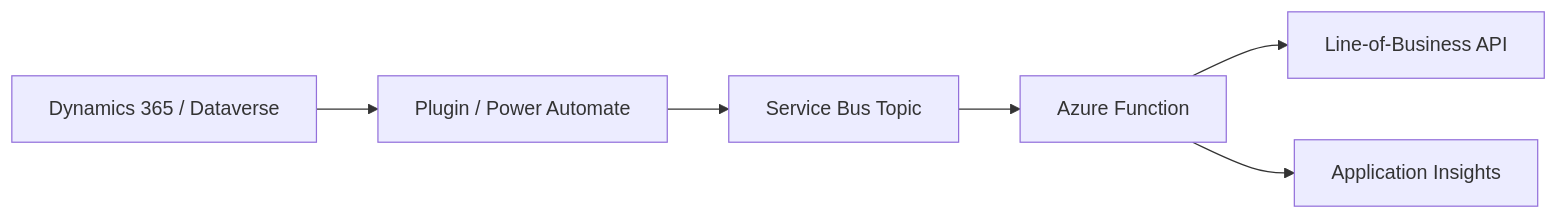
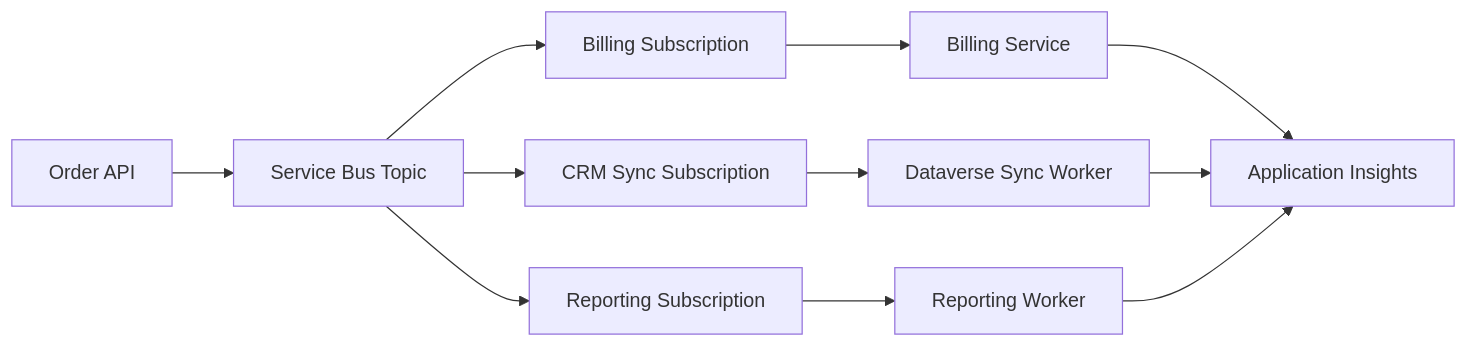
The sixth of 6 diagrams in diagrams/README.md (brunsdon/azure-services-cheat-sheet), drawn with Mermaid before and after one commit. The commit also changed other lines of this file and 17 other files, not shown here.

Commit message:
Polish Azure architecture field guide

````diff
--- a/diagrams/README.md
+++ b/diagrams/README.md
@@ -31,8 +79,13 @@
 ```mermaid
 flowchart LR
-    d365[Dynamics 365 / Dataverse] --> plugin[Plugin / Power Automate]
-    plugin --> topic[Service Bus Topic]
-    topic --> fn[Azure Function]
-    fn --> lob[Line-of-Business API]
-    fn --> appi[Application Insights]
+    orderApi[Order API] --> topic[Service Bus Topic]
+    topic --> billingSub[Billing Subscription]
+    topic --> crmSub[CRM Sync Subscription]
+    topic --> reportingSub[Reporting Subscription]
+    billingSub --> billing[Billing Service]
+    crmSub --> crm[Dataverse Sync Worker]
+    reportingSub --> reporting[Reporting Worker]
+    billing --> appi[Application Insights]
+    crm --> appi
+    reporting --> appi
 ```
````
